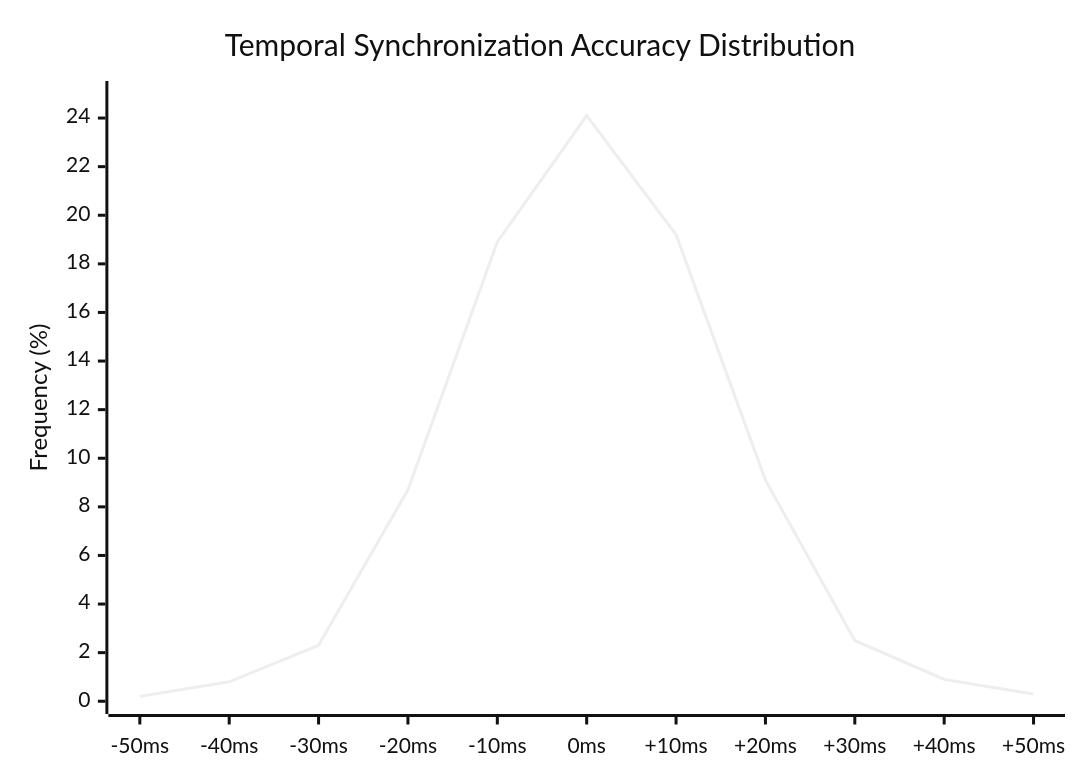
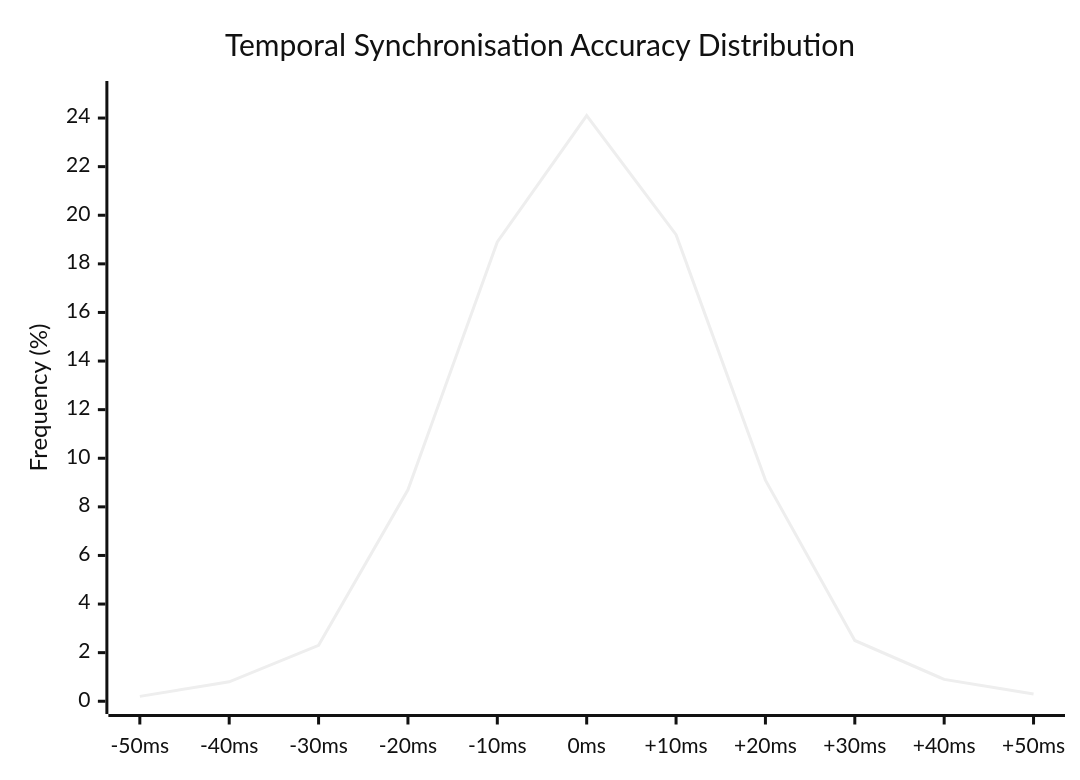
Before and after one commit to buccancs/fyp-multi-sensor-recording-system: the sixth of 9 diagrams in docs/thesis_report/draft_0/chapter_7_appendices.md, drawn with Mermaid (neutral theme). The commit also changed other lines of this file and 56 other files, not shown here.

````diff
--- a/docs/thesis_report/draft_0/chapter_7_appendices.md
+++ b/docs/thesis_report/draft_0/chapter_7_appendices.md
@@ -1084,7 +1084,7 @@
 ```mermaid
 xychart-beta
-    title "Temporal Synchronization Accuracy Distribution"
+    title "Temporal Synchronisation Accuracy Distribution"
     x-axis ["-50ms", "-40ms", "-30ms", "-20ms", "-10ms", "0ms", "+10ms", "+20ms", "+30ms", "+40ms", "+50ms"]
     y-axis "Frequency (%)" 0 --> 25
     line [0.2, 0.8, 2.3, 8.7, 18.9, 24.1, 19.2, 9.1, 2.5, 0.9, 0.3]
 ```
````
